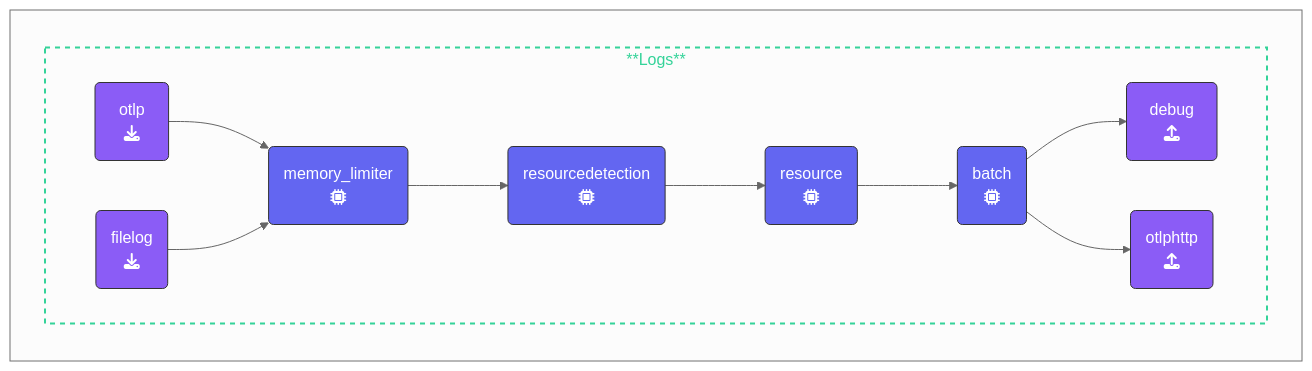
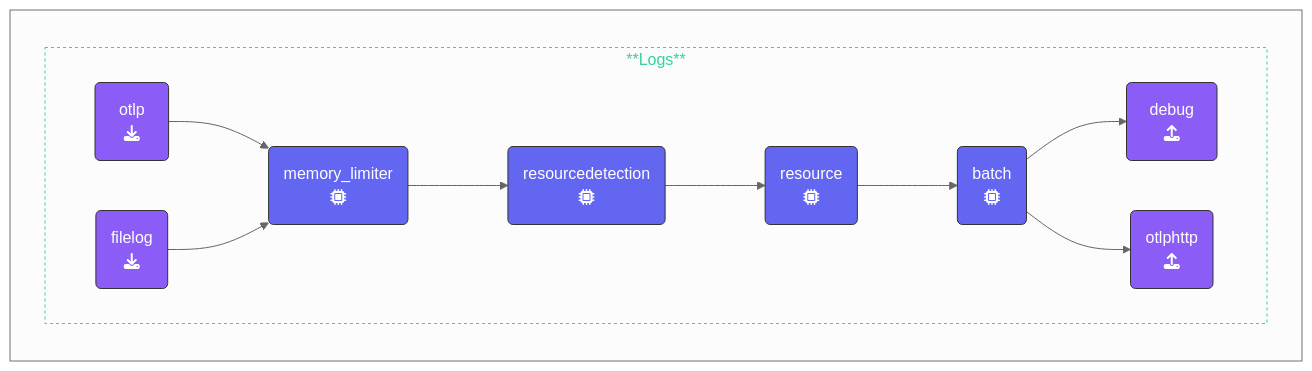
One commit to splunk/observability-workshop changed the diagram in content/en/ninja-workshops/10-advanced-otel/3-filelog/1-filelog-configuration.md. Above: the diagram before and after it, drawn with Mermaid (neutral theme). The commit also changed 8 other files, not shown here.

Commit message:
Mermaid styling

````diff
--- a/content/en/ninja-workshops/10-advanced-otel/3-filelog/1-filelog-configuration.md
+++ b/content/en/ninja-workshops/10-advanced-otel/3-filelog/1-filelog-configuration.md
@@ -36,31 +36,31 @@
 ```mermaid
 %%{init:{"fontFamily":"monospace"}}%%
 graph LR
     %% Nodes
       REC1(&nbsp;&nbsp;otlp&nbsp;&nbsp;<br>fa:fa-download):::receiver
       REC2(filelog<br>fa:fa-download):::receiver
       PRO1(memory_limiter<br>fa:fa-microchip):::processor
       PRO2(resourcedetection<br>fa:fa-microchip):::processor
       PRO3(resource<br>fa:fa-microchip):::processor
       PRO4(batch<br>fa:fa-microchip):::processor
       EXP1(&ensp;debug&ensp;<br>fa:fa-upload):::exporter
       EXP2(otlphttp<br>fa:fa-upload):::exporter
     %% Links
     subID1:::sub-logs
     subgraph " "
       subgraph subID1[**Logs**]
       direction LR
       REC1 --> PRO1
       REC2 --> PRO1
       PRO1 --> PRO2
       PRO2 --> PRO3
       PRO3 --> PRO4
       PRO4 --> EXP1
       PRO4 --> EXP2
       end
     end
 classDef receiver,exporter fill:#8b5cf6,stroke:#333,stroke-width:1px,color:#fff;
 classDef processor fill:#6366f1,stroke:#333,stroke-width:1px,color:#fff;
 classDef con-receive,con-export fill:#45c175,stroke:#333,stroke-width:1px,color:#fff;
-classDef sub-logs stroke:#34d399,stroke-width:2px, color:#34d399,stroke-dasharray: 5 5;
+classDef sub-logs stroke:#34d399,stroke-width:1px, color:#34d399,stroke-dasharray: 3 3;
 ```
````
